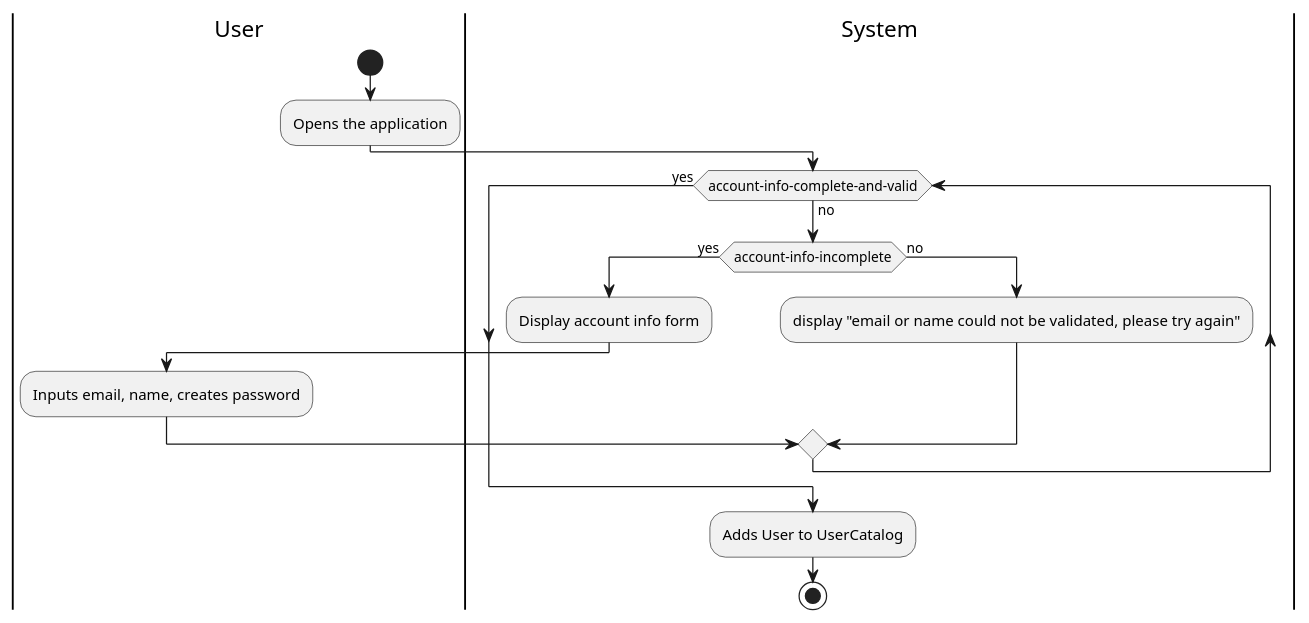
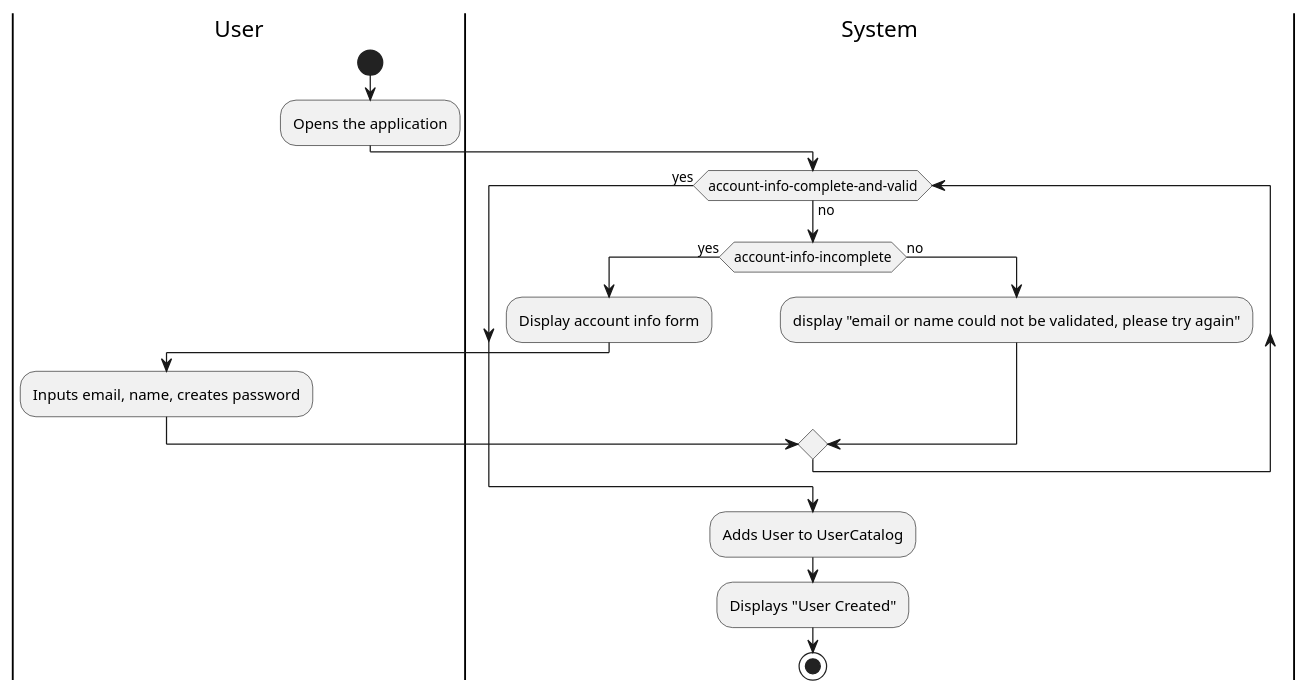
Before and after one commit to remyben-creator/Marketplace-Application: the diagram in IntelliJ/Doc/use-cases/make-account.md, drawn with PlantUML. The commit also changed 7 other files, not shown here.

Commit message:
use case diagrams finalized

````diff
--- a/IntelliJ/Doc/use-cases/make-account.md
+++ b/IntelliJ/Doc/use-cases/make-account.md
@@ -13,20 +13,21 @@
 ```plantuml
 |User|
 start
 :Opens the application;
 |System|
 while (account-info-complete-and-valid) is (no)
-if (account-info-incomplete) then (yes)
-:Display account info form;
-|User|
-:Inputs email, name, creates password;
-|System|
-else(no)
-:display "email or name could not be validated, please try again";
-endif 
+ if (account-info-incomplete) then (yes)
+  :Display account info form;
+  |User|
+  :Inputs email, name, creates password;
+  |System|
+ else(no)
+ :display "email or name could not be validated, please try again";
+ endif 
 endwhile(yes)
 |System|
 :Adds User to UserCatalog;
+:Displays "User Created";
 Stop
 @enduml
 ```
````
